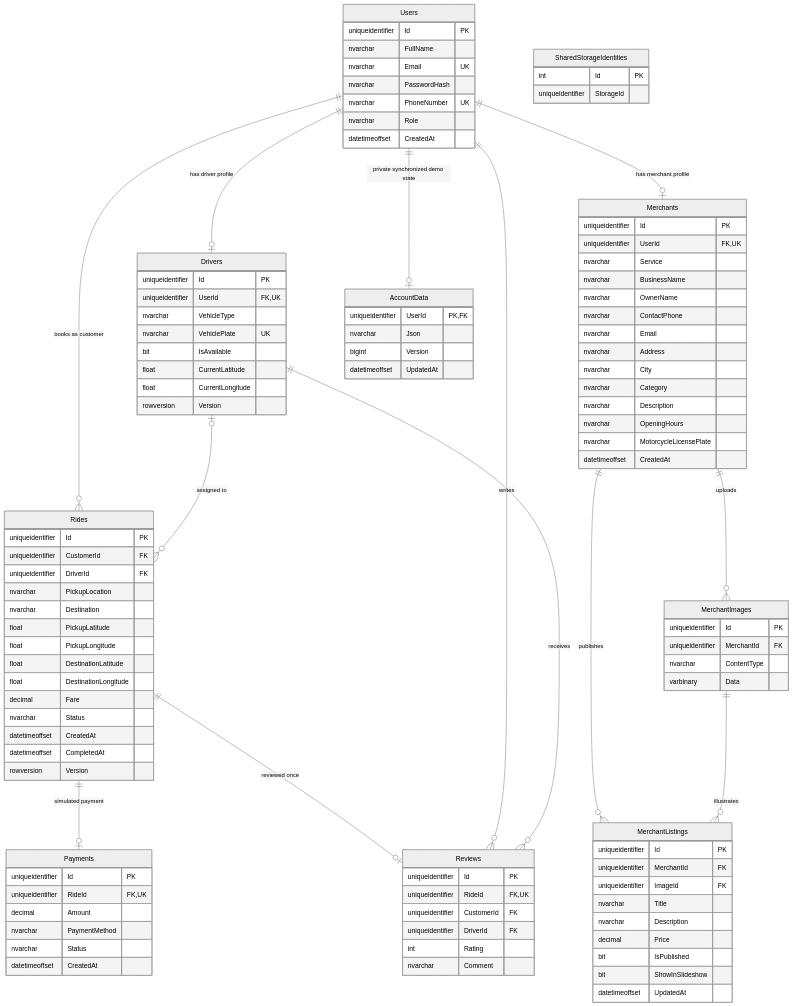
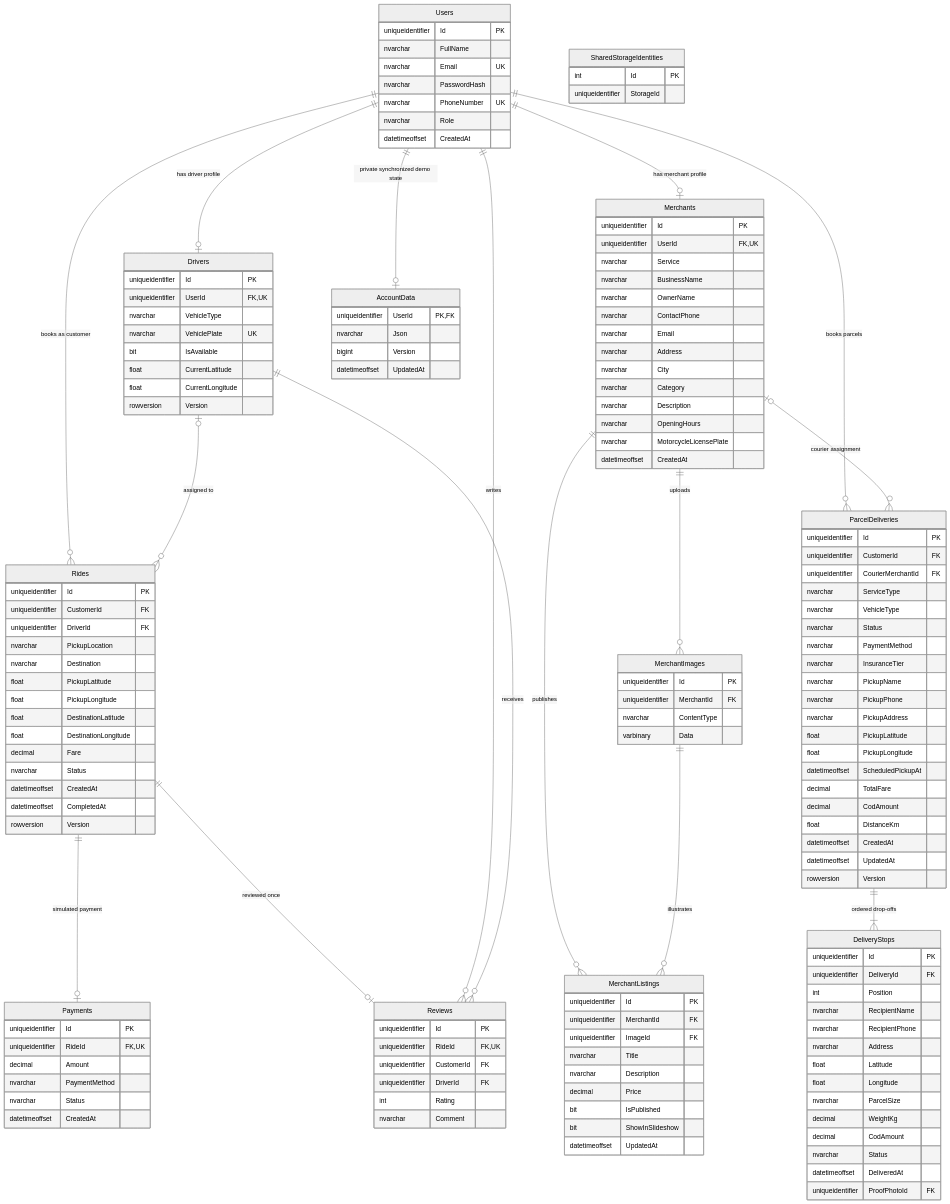
One commit to rinrithyreach/grab-platform changed the diagram in backend/DATABASE_ERD.md. Above: the diagram before and after it, drawn with Mermaid (neutral theme). The commit also changed other lines of this file and 116 other files, not shown here.

```diff
--- a/backend/DATABASE_ERD.md
+++ b/backend/DATABASE_ERD.md
@@ -9,6 +9,9 @@
     Merchants ||--o{ MerchantListings : publishes
     MerchantImages ||--o{ MerchantListings : illustrates
     Users ||--o{ Rides : "books as customer"
+    Users ||--o{ ParcelDeliveries : "books parcels"
+    Merchants o|--o{ ParcelDeliveries : "courier assignment"
+    ParcelDeliveries ||--|{ DeliveryStops : "ordered drop-offs"
     Drivers o|--o{ Rides : "assigned to"
     Rides ||--o| Payments : "simulated payment"
     Rides ||--o| Reviews : "reviewed once"
@@ -48,6 +51,44 @@
         datetimeoffset CreatedAt
         datetimeoffset CompletedAt
         rowversion Version
+    }
+    ParcelDeliveries {
+        uniqueidentifier Id PK
+        uniqueidentifier CustomerId FK
+        uniqueidentifier CourierMerchantId FK
+        nvarchar ServiceType
+        nvarchar VehicleType
+        nvarchar Status
+        nvarchar PaymentMethod
+        nvarchar InsuranceTier
+        nvarchar PickupName
+        nvarchar PickupPhone
+        nvarchar PickupAddress
+        float PickupLatitude
+        float PickupLongitude
+        datetimeoffset ScheduledPickupAt
+        decimal TotalFare
+        decimal CodAmount
+        float DistanceKm
+        datetimeoffset CreatedAt
+        datetimeoffset UpdatedAt
+        rowversion Version
+    }
+    DeliveryStops {
+        uniqueidentifier Id PK
+        uniqueidentifier DeliveryId FK
+        int Position
+        nvarchar RecipientName
+        nvarchar RecipientPhone
+        nvarchar Address
+        float Latitude
+        float Longitude
+        nvarchar ParcelSize
+        decimal WeightKg
+        decimal CodAmount
+        nvarchar Status
+        datetimeoffset DeliveredAt
+        uniqueidentifier ProofPhotoId FK
     }
     Payments {
         uniqueidentifier Id PK
```
